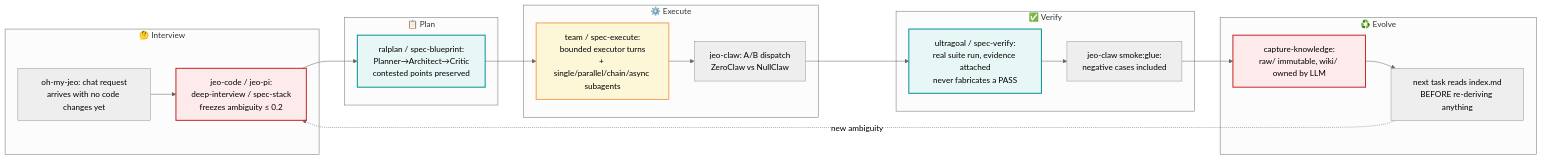
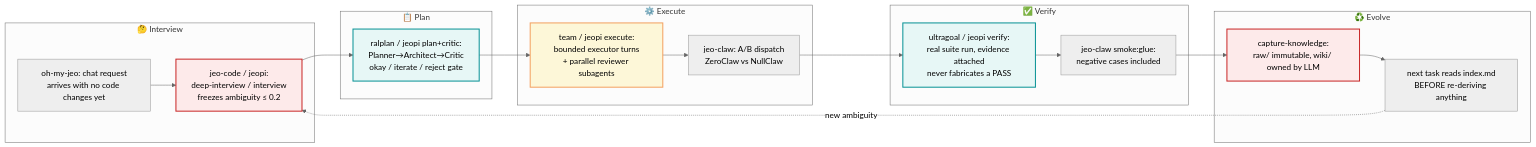
Before and after one commit to akillness/akillness.github.io: the second of 2 diagrams in _posts/2026-06-29-jeo-ecosystem-context-engineering.md, drawn with Mermaid (neutral theme). The commit also changed other lines of this file and 5 other files, not shown here.

First line of the commit message:
post: replace jeo-pi section with jeopi (fork of oh-my-pi) content

````diff
--- a/_posts/2026-06-29-jeo-ecosystem-context-engineering.md
+++ b/_posts/2026-06-29-jeo-ecosystem-context-engineering.md
@@ -260,32 +264,36 @@
 ```mermaid
 
 flowchart LR
     subgraph Interview["🤔 Interview"]
         A1["oh-my-jeo: chat request\narrives with no code changes yet"]
-        A2["jeo-code / jeo-pi:\ndeep-interview / spec-stack\nfreezes ambiguity ≤ 0.2"]
+        A2["jeo-code / jeopi:\ndeep-interview / interview\nfreezes ambiguity ≤ 0.2"]
+
     end
     subgraph Plan["📋 Plan"]
-        B1["ralplan / spec-blueprint:\nPlanner→Architect→Critic\ncontested points preserved"]
+        B1["ralplan / jeopi plan+critic:\nPlanner→Architect→Critic\nokay / iterate / reject gate"]
+
     end
     subgraph Execute["⚙️ Execute"]
-        C1["team / spec-execute:\nbounded executor turns\n+ single/parallel/chain/async subagents"]
+        C1["team / jeopi execute:\nbounded executor turns\n+ parallel reviewer subagents"]
+
         C2["jeo-claw: A/B dispatch\nZeroClaw vs NullClaw"]
     end
     subgraph Verify["✅ Verify"]
-        D1["ultragoal / spec-verify:\nreal suite run, evidence attached\nnever fabricates a PASS"]
+        D1["ultragoal / jeopi verify:\nreal suite run, evidence attached\nnever fabricates a PASS"]
+
         D2["jeo-claw smoke:glue:\nnegative cases included"]
     end
     subgraph Evolve["♻️ Evolve"]
         E1["capture-knowledge:\nraw/ immutable, wiki/ owned by LLM"]
         E2["next task reads index.md\nBEFORE re-deriving anything"]
     end
 
     A1 --> A2 --> B1 --> C1 --> C2 --> D1 --> D2 --> E1 --> E2
     E2 -.new ambiguity.-> A2
 
     style A2 fill:#ff6b6b20,stroke:#c92a2a,stroke-width:2px
     style B1 fill:#4ecdc420,stroke:#0a9396,stroke-width:2px
     style C1 fill:#ffe66d40,stroke:#f4a261,stroke-width:2px
     style D1 fill:#4ecdc420,stroke:#0a9396,stroke-width:2px
     style E1 fill:#ff6b6b20,stroke:#c92a2a,stroke-width:2px
 ```
````
